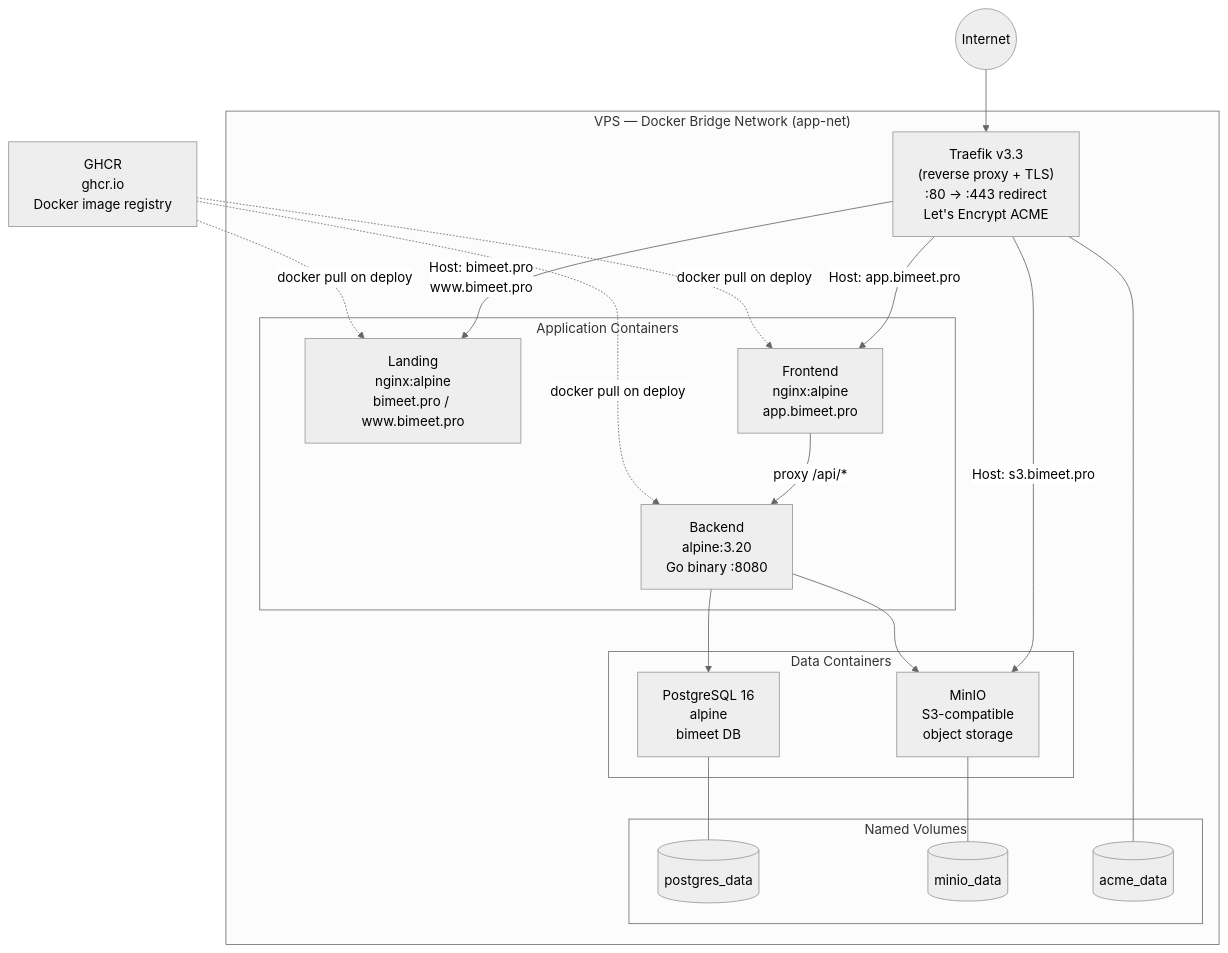
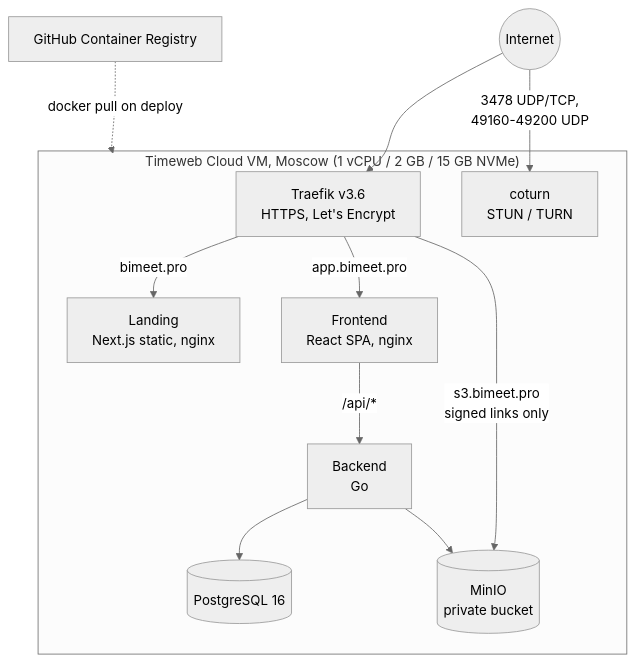
The first of 2 diagrams in README.md (AntonSlavshchikov/bimeet), drawn with Mermaid (neutral theme) before and after one commit. The commit also changed other lines of this file, not shown here.

````diff
--- a/README.md
+++ b/README.md
@@ -17,41 +17,26 @@
 ```mermaid
 graph TD
     Internet((Internet))
 
-    subgraph VPS["VPS — Docker Bridge Network (app-net)"]
-        Traefik["Traefik v3.3\n(reverse proxy + TLS)\n:80 → :443 redirect\nLet's Encrypt ACME"]
-
-        subgraph Apps["Application Containers"]
-            Landing["Landing\nnginx:alpine\nbimeet.pro / www.bimeet.pro"]
-            Frontend["Frontend\nnginx:alpine\napp.bimeet.pro"]
-            Backend["Backend\nalpine:3.20\nGo binary :8080"]
-        end
-
-        subgraph Data["Data Containers"]
-            Postgres["PostgreSQL 16\nalpine\nbimeet DB"]
-            MinIO["MinIO\nS3-compatible\nobject storage"]
-        end
-
-        subgraph Volumes["Named Volumes"]
-            PGVol[("postgres_data")]
-            MinioVol[("minio_data")]
-            AcmeVol[("acme_data")]
-        end
+    subgraph VM["Timeweb Cloud VM, Moscow (1 vCPU / 2 GB / 15 GB NVMe)"]
+        Traefik["Traefik v3.6<br/>HTTPS, Let's Encrypt"]
+        Landing["Landing<br/>Next.js static, nginx"]
+        Frontend["Frontend<br/>React SPA, nginx"]
+        Backend["Backend<br/>Go"]
+        Postgres[("PostgreSQL 16")]
+        MinIO[("MinIO<br/>private bucket")]
+        Coturn["coturn<br/>STUN / TURN"]
     end
 
-    GHCR["GHCR\nghcr.io\nDocker image registry"]
+    GHCR["GitHub Container Registry"]
 
     Internet --> Traefik
-    Traefik -->|"Host: bimeet.pro\nwww.bimeet.pro"| Landing
-    Traefik -->|"Host: app.bimeet.pro"| Frontend
-    Traefik -->|"Host: s3.bimeet.pro"| MinIO
-    Frontend -->|"proxy /api/*"| Backend
+    Traefik -->|bimeet.pro| Landing
+    Traefik -->|app.bimeet.pro| Frontend
+    Traefik -->|s3.bimeet.pro<br/>signed links only| MinIO
+    Frontend -->|/api/*| Backend
     Backend --> Postgres
     Backend --> MinIO
-    Postgres --- PGVol
-    MinIO --- MinioVol
-    Traefik --- AcmeVol
-    GHCR -.->|"docker pull on deploy"| Backend
-    GHCR -.->|"docker pull on deploy"| Frontend
-    GHCR -.->|"docker pull on deploy"| Landing
+    Internet -->|3478 UDP/TCP,<br/>49160-49200 UDP| Coturn
+    GHCR -.->|docker pull on deploy| VM
 ```
````
